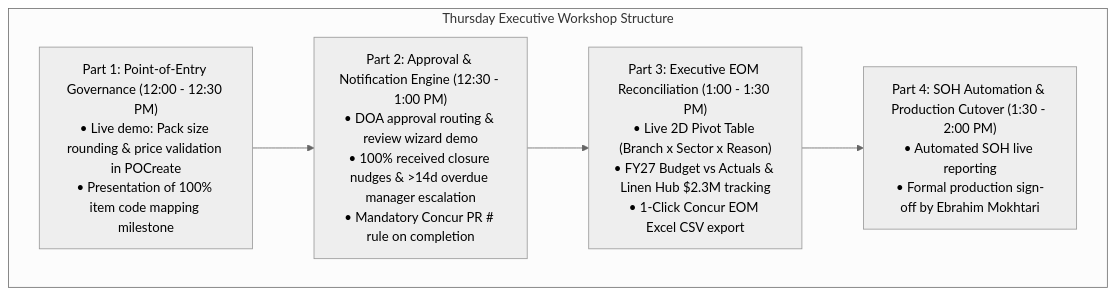
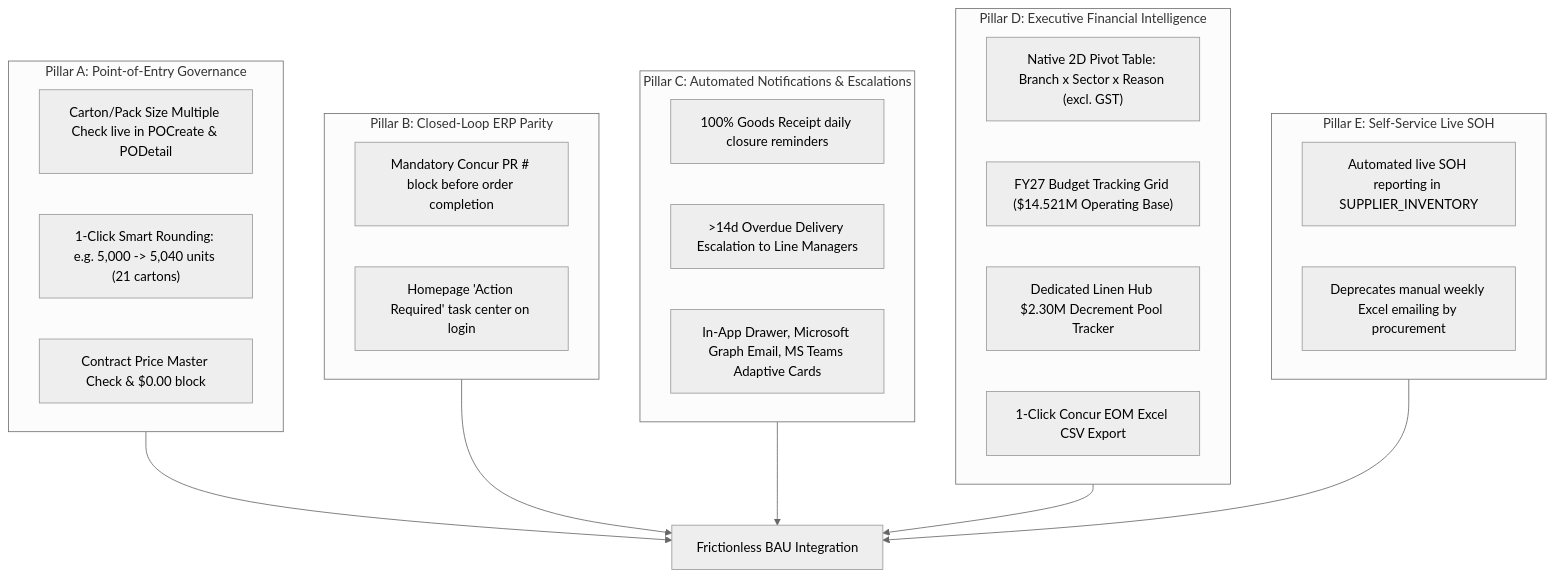
One commit to SPLGit-Project/ProcureFlow-App changed the second of 2 diagrams in docs/DEVELOPMENT_ACTION_PLAN_AUG2026.md. Above: the diagram before and after it, drawn with Mermaid (neutral theme). The commit also changed other lines of this file and 1 other file, not shown here.

Commit message:
docs: restructure action plan & presentation into Previous -> Current -> Future BAU State model

````diff
--- a/docs/DEVELOPMENT_ACTION_PLAN_AUG2026.md
+++ b/docs/DEVELOPMENT_ACTION_PLAN_AUG2026.md
@@ -122,11 +88,33 @@
 ```mermaid
 flowchart TD
-    subgraph AgendaFlow ["Thursday Executive Workshop Structure"]
-        D1["Part 1: Point-of-Entry Governance (12:00 - 12:30 PM)<br/>• Live demo: Pack size rounding & price validation in POCreate<br/>• Presentation of 100% item code mapping milestone"]
-        D2["Part 2: Approval & Notification Engine (12:30 - 1:00 PM)<br/>• DOA approval routing & review wizard demo<br/>• 100% received closure nudges & >14d overdue manager escalation<br/>• Mandatory Concur PR # rule on completion"]
-        D3["Part 3: Executive EOM Reconciliation (1:00 - 1:30 PM)<br/>• Live 2D Pivot Table (Branch x Sector x Reason)<br/>• FY27 Budget vs Actuals & Linen Hub $2.3M tracking<br/>• 1-Click Concur EOM Excel CSV export"]
-        D4["Part 4: SOH Automation & Production Cutover (1:30 - 2:00 PM)<br/>• Automated SOH live reporting<br/>• Formal production sign-off by Ebrahim Mokhtari"]
+    subgraph P1 ["Pillar A: Point-of-Entry Governance"]
+        PA1["Carton/Pack Size Multiple Check live in POCreate & PODetail"]
+        PA2["1-Click Smart Rounding: e.g. 5,000 -> 5,040 units (21 cartons)"]
+        PA3["Contract Price Master Check & $0.00 block"]
     end
 
-    D1 --> D2 --> D3 --> D4
+    subgraph P2 ["Pillar B: Closed-Loop ERP Parity"]
+        PB1["Mandatory Concur PR # block before order completion"]
+        PB2["Homepage 'Action Required' task center on login"]
+    end
+
+    subgraph P3 ["Pillar C: Automated Notifications & Escalations"]
+        PC1["100% Goods Receipt daily closure reminders"]
+        PC2[">14d Overdue Delivery Escalation to Line Managers"]
+        PC3["In-App Drawer, Microsoft Graph Email, MS Teams Adaptive Cards"]
+    end
+
+    subgraph P4 ["Pillar D: Executive Financial Intelligence"]
+        PD1["Native 2D Pivot Table: Branch x Sector x Reason (excl. GST)"]
+        PD2["FY27 Budget Tracking Grid ($14.521M Operating Base)"]
+        PD3["Dedicated Linen Hub $2.30M Decrement Pool Tracker"]
+        PD4["1-Click Concur EOM Excel CSV Export"]
+    end
+
+    subgraph P5 ["Pillar E: Self-Service Live SOH"]
+        PE1["Automated live SOH reporting in SUPPLIER_INVENTORY"]
+        PE2["Deprecates manual weekly Excel emailing by procurement"]
+    end
+
+    P1 & P2 & P3 & P4 & P5 --> Destination["Frictionless BAU Integration"]
 ```
````
